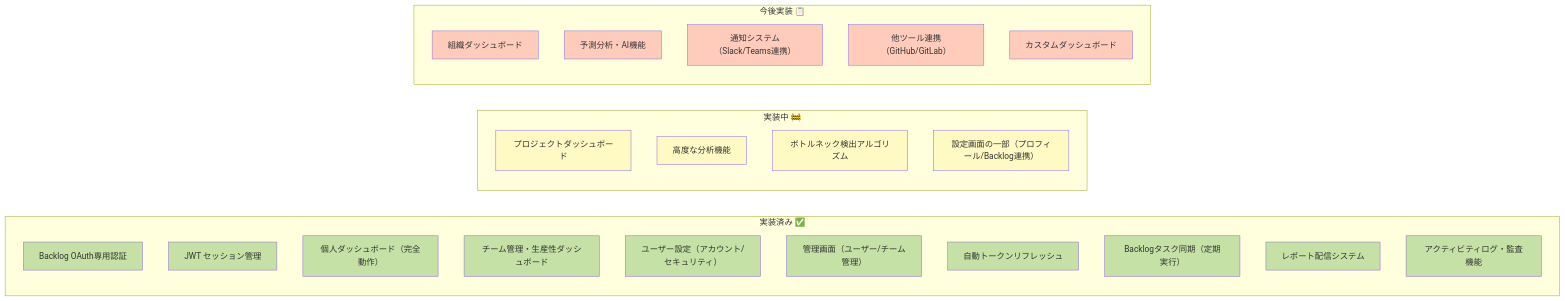
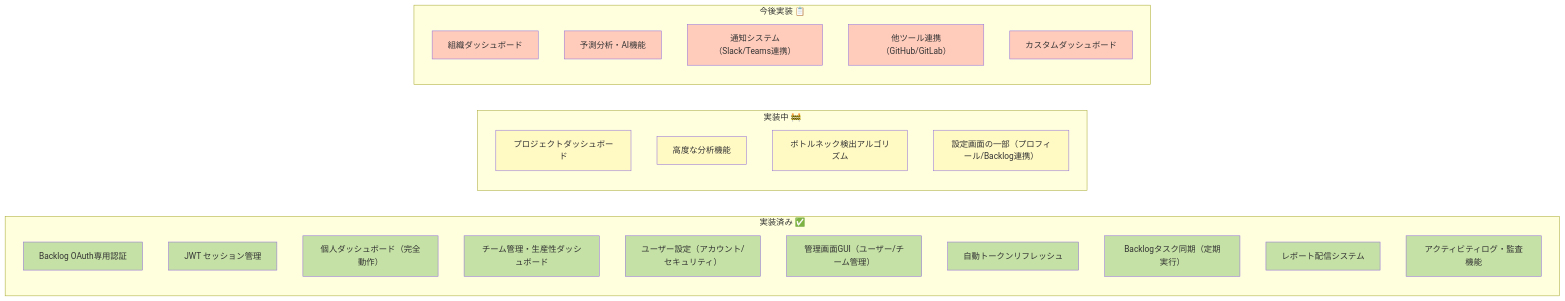
The second of 13 diagrams in Doc/mvp.md (rasshii/team-insight), drawn with Mermaid before and after one commit. The commit also changed other lines of this file and 1 other file, not shown here.

````diff
--- a/Doc/mvp.md
+++ b/Doc/mvp.md
@@ -205,50 +205,50 @@
 ```mermaid
 graph LR
     subgraph "実装済み ✅"
         A1[Backlog OAuth専用認証]
         A2[JWT セッション管理]
         A3[個人ダッシュボード（完全動作）]
         A4[チーム管理・生産性ダッシュボード]
         A5[ユーザー設定（アカウント/セキュリティ）]
-        A6[管理画面（ユーザー/チーム管理）]
+        A6[管理画面GUI（ユーザー/チーム管理）]
         A7[自動トークンリフレッシュ]
         A8[Backlogタスク同期（定期実行）]
         A9[レポート配信システム]
         A10[アクティビティログ・監査機能]
     end
 
     subgraph "実装中 🚧"
         B1[プロジェクトダッシュボード]
         B2[高度な分析機能]
         B3[ボトルネック検出アルゴリズム]
         B4[設定画面の一部（プロフィール/Backlog連携）]
     end
 
     subgraph "今後実装 📋"
         C1[組織ダッシュボード]
         C2[予測分析・AI機能]
         C3[通知システム（Slack/Teams連携）]
         C4[他ツール連携（GitHub/GitLab）]
         C5[カスタムダッシュボード]
     end
 
     style A1 fill:#c5e1a5
     style A2 fill:#c5e1a5
     style A3 fill:#c5e1a5
     style A4 fill:#c5e1a5
     style A5 fill:#c5e1a5
     style A6 fill:#c5e1a5
     style A7 fill:#c5e1a5
     style A8 fill:#c5e1a5
     style A9 fill:#c5e1a5
     style A10 fill:#c5e1a5
     style B1 fill:#fff9c4
     style B2 fill:#fff9c4
     style B3 fill:#fff9c4
     style B4 fill:#fff9c4
     style C1 fill:#ffccbc
     style C2 fill:#ffccbc
     style C3 fill:#ffccbc
     style C4 fill:#ffccbc
     style C5 fill:#ffccbc
 ```
````
